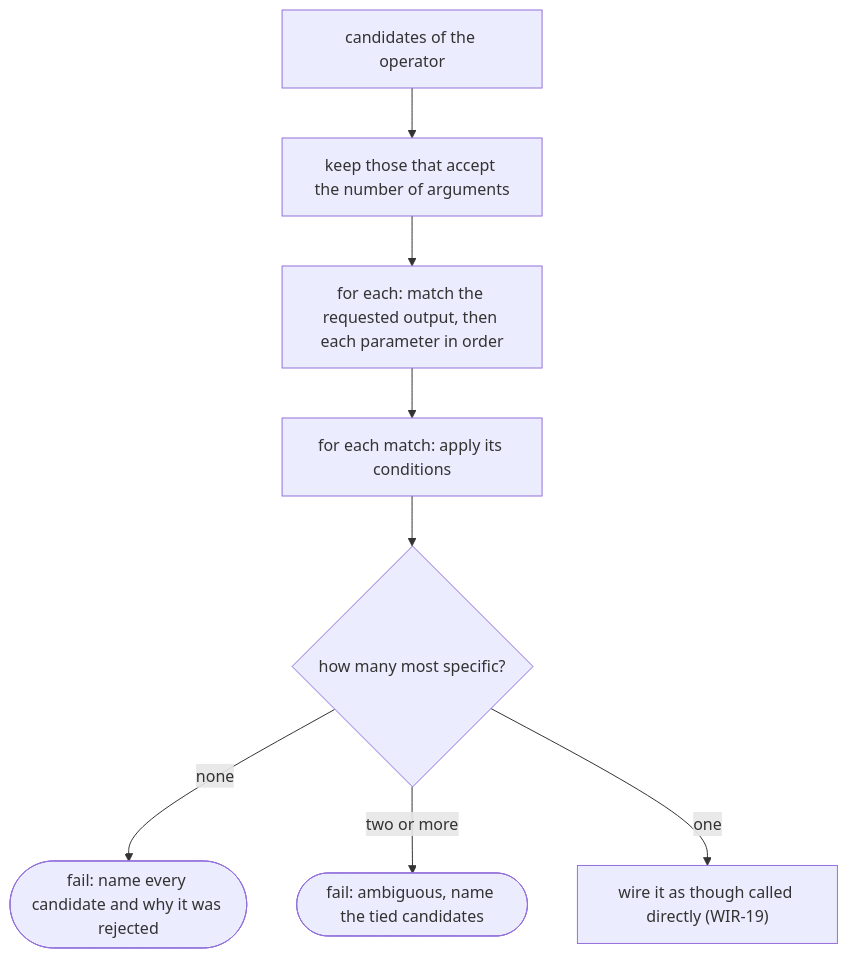
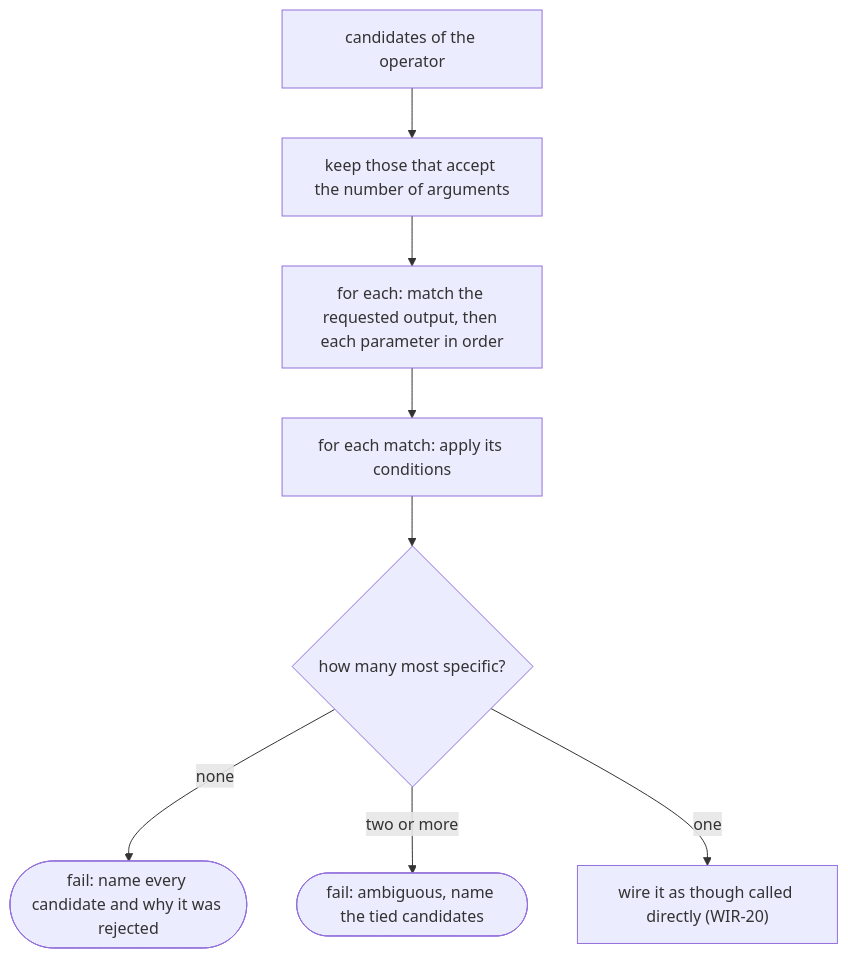
One commit to hhenson/hgraph changed the fifth of 5 diagrams in docs/source/runtime_spec/wiring.md. Above: the diagram before and after it, drawn with Mermaid. The commit also changed other lines of this file and 9 other files, not shown here.

````diff
--- a/docs/source/runtime_spec/wiring.md
+++ b/docs/source/runtime_spec/wiring.md
@@ -254,10 +262,10 @@
 ```mermaid
 flowchart TD
     A["candidates of the operator"] --> N["keep those that accept the number of arguments"]
     N --> T["for each: match the requested output, then each parameter in order"]
     T --> P["for each match: apply its conditions"]
     P --> Z{"how many most specific?"}
     Z -- "none" --> F1(["fail: name every candidate and why it was rejected"])
     Z -- "two or more" --> F2(["fail: ambiguous, name the tied candidates"])
-    Z -- "one" --> W["wire it as though called directly (WIR-19)"]
+    Z -- "one" --> W["wire it as though called directly (WIR-20)"]
 ```
````
